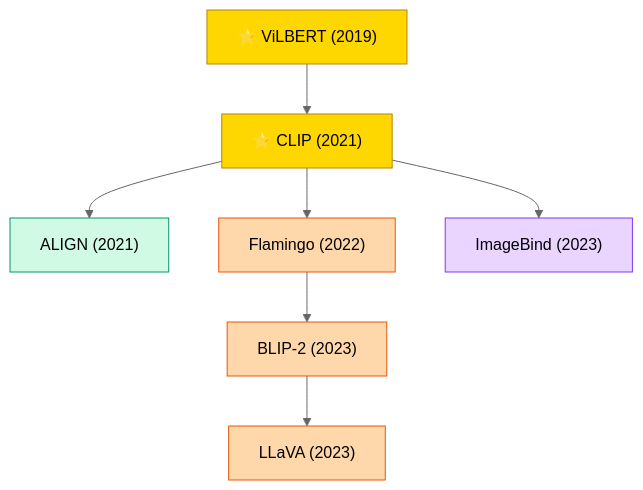
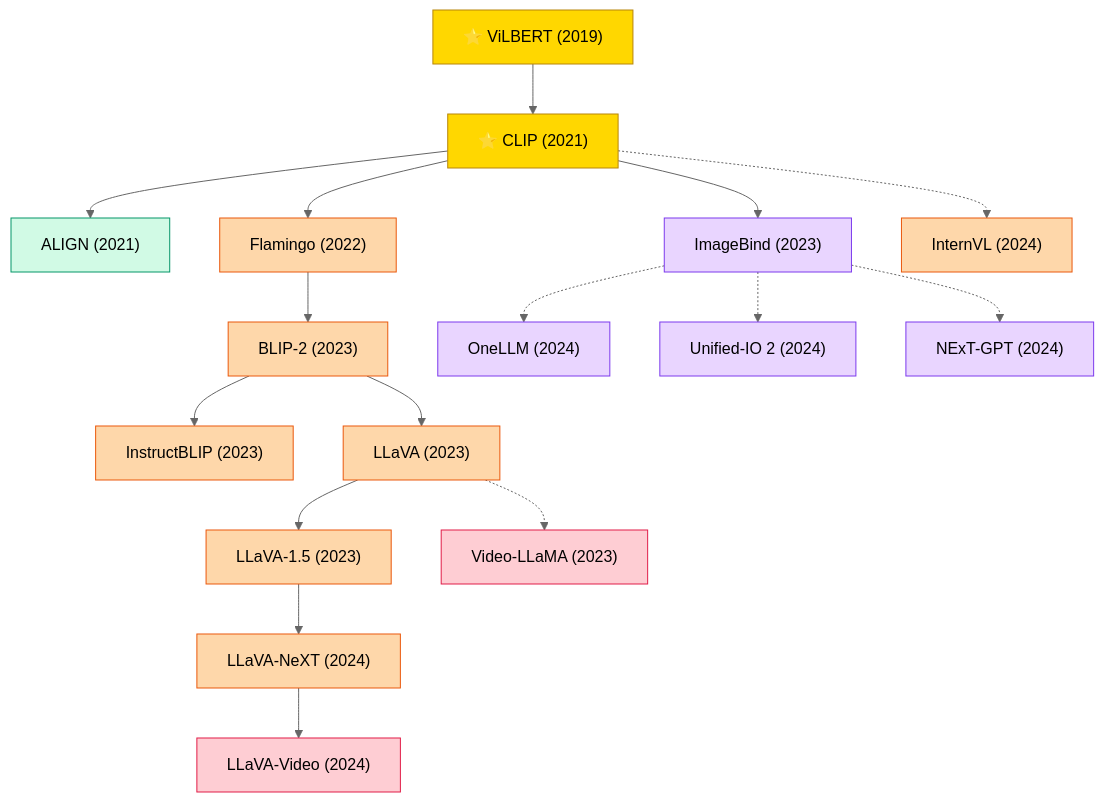
The diagram in domains/multimodal/README.md (zerenzhou/Awesome-Machine-Learning-Papers), drawn with Mermaid (neutral theme) before and after one commit. The commit also changed other lines of this file and 4 other files, not shown here.

````diff
--- a/domains/multimodal/README.md
+++ b/domains/multimodal/README.md
@@ -7,15 +7,27 @@
 ```mermaid
 graph TD
     classDef early fill:#DBEAFE,stroke:#2563EB
     classDef contrastive fill:#D1FAE5,stroke:#059669
     classDef vlm fill:#FED7AA,stroke:#EA580C
     classDef unified fill:#E9D5FF,stroke:#7C3AED
+    classDef video fill:#FECDD3,stroke:#E11D48
     classDef star fill:#FFD700,stroke:#B8860B
 
     ViLBERT["⭐ ViLBERT (2019)"]:::star --> CLIP["⭐ CLIP (2021)"]:::star
     CLIP --> ALIGN["ALIGN (2021)"]:::contrastive
     CLIP --> Flamingo["Flamingo (2022)"]:::vlm
     Flamingo --> BLIP2["BLIP-2 (2023)"]:::vlm
+    BLIP2 --> InstructBLIP["InstructBLIP (2023)"]:::vlm
     BLIP2 --> LLaVA["LLaVA (2023)"]:::vlm
+    LLaVA --> LLaVA15["LLaVA-1.5 (2023)"]:::vlm
+    LLaVA15 --> LLaVANeXT["LLaVA-NeXT (2024)"]:::vlm
     CLIP --> ImageBind["ImageBind (2023)"]:::unified
+    CLIP -.-> InternVL["InternVL (2024)"]:::vlm
+
+    ImageBind -.-> OneLLM["OneLLM (2024)"]:::unified
+    ImageBind -.-> UnifiedIO2["Unified-IO 2 (2024)"]:::unified
+    ImageBind -.-> NExTGPT["NExT-GPT (2024)"]:::unified
+
+    LLaVANeXT --> LLaVAVideo["LLaVA-Video (2024)"]:::video
+    LLaVA -.-> VideoLLaMA["Video-LLaMA (2023)"]:::video
 ```
````
